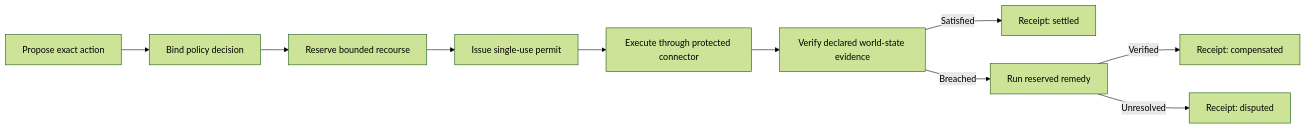
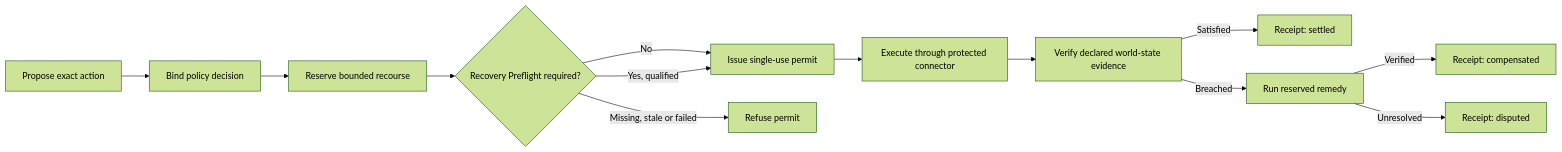
The diagram in README.md (EauDoon/consequence-rail), drawn with Mermaid (forest theme) before and after one commit. The commit also changed other lines of this file and 36 other files, not shown here.

Commit message:
Release Recovery Preflight v0.2.0

````diff
--- a/README.md
+++ b/README.md
@@ -98,12 +166,15 @@
 ```mermaid
 flowchart LR
     A["Propose exact action"] --> B["Bind policy decision"]
     B --> C["Reserve bounded recourse"]
-    C --> D["Issue single-use permit"]
+    C --> P{"Recovery Preflight required?"}
+    P -->|No| D["Issue single-use permit"]
+    P -->|Yes, qualified| D
+    P -->|Missing, stale or failed| X["Refuse permit"]
     D --> E["Execute through protected connector"]
     E --> F["Verify declared world-state evidence"]
     F -->|Satisfied| G["Receipt: settled"]
     F -->|Breached| H["Run reserved remedy"]
     H -->|Verified| I["Receipt: compensated"]
     H -->|Unresolved| J["Receipt: disputed"]
 ```
````
